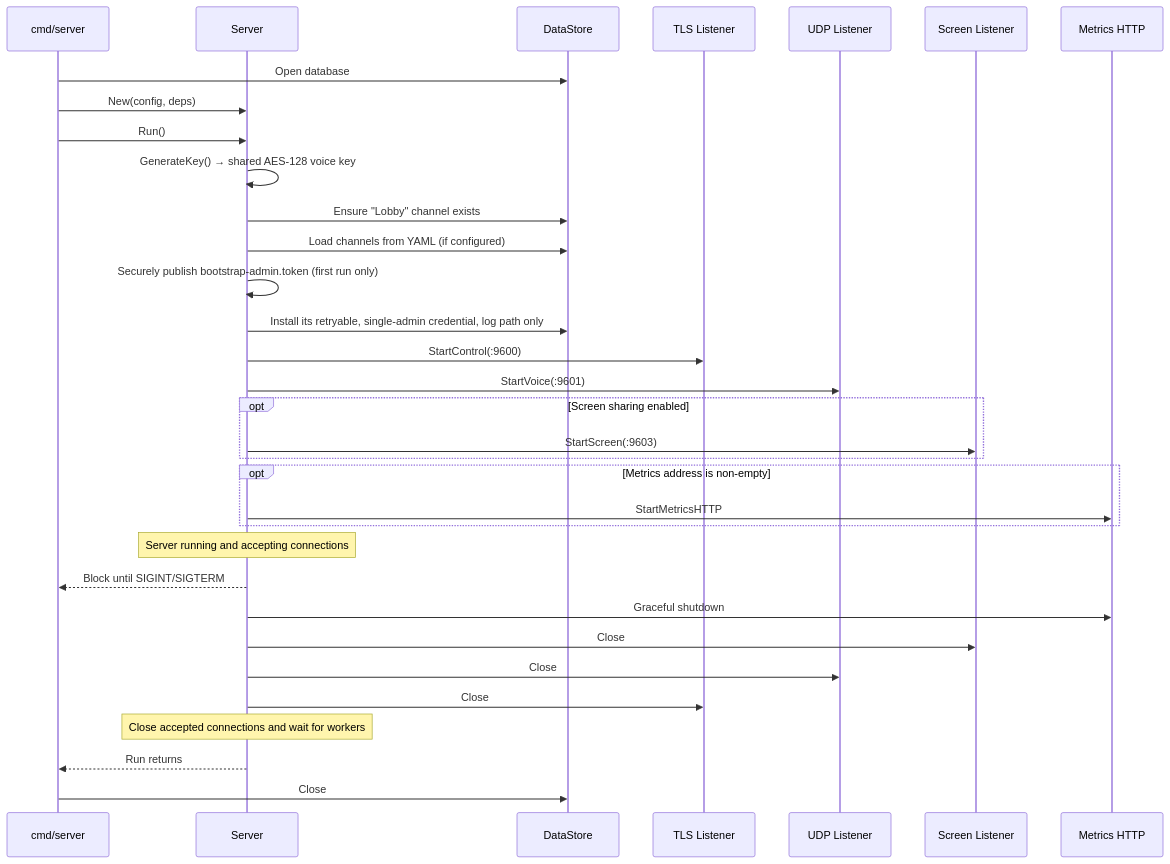
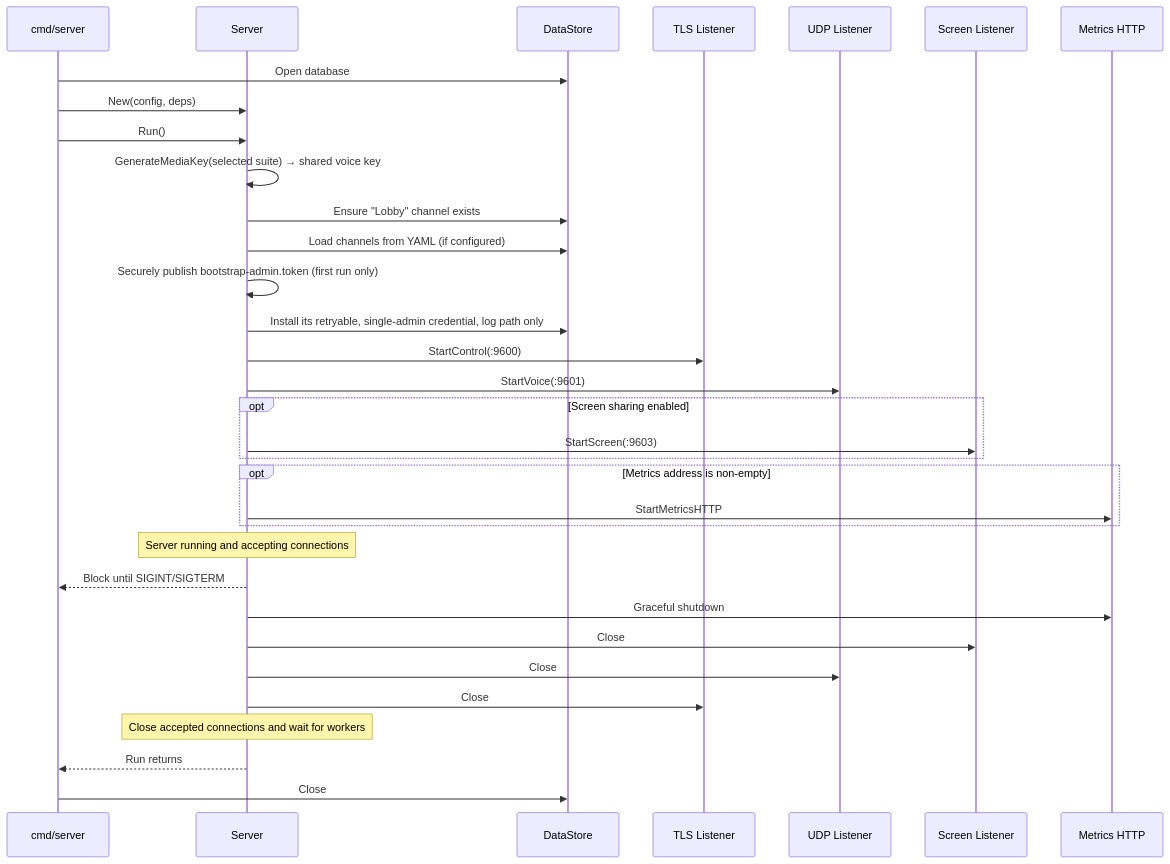
The third of 5 diagrams in docs/architecture.md (NicolasHaas/gospeak), drawn with Mermaid before and after one commit. The commit also changed other lines of this file and 32 other files, not shown here.

````diff
--- a/docs/architecture.md
+++ b/docs/architecture.md
@@ -110,36 +110,36 @@
 ```mermaid
 sequenceDiagram
     participant Main as cmd/server
     participant Srv as Server
     participant Store as DataStore
     participant TLS as TLS Listener
     participant UDP as UDP Listener
     participant SCR as Screen Listener
     participant MET as Metrics HTTP
 
     Main->>Store: Open database
     Main->>Srv: New(config, deps)
     Main->>Srv: Run()
-    Srv->>Srv: GenerateKey() → shared AES-128 voice key
+    Srv->>Srv: GenerateMediaKey(selected suite) → shared voice key
     Srv->>Store: Ensure "Lobby" channel exists
     Srv->>Store: Load channels from YAML (if configured)
     Srv->>Srv: Securely publish bootstrap-admin.token (first run only)
     Srv->>Store: Install its retryable, single-admin credential, log path only
     Srv->>TLS: StartControl(:9600)
     Srv->>UDP: StartVoice(:9601)
     opt Screen sharing enabled
         Srv->>SCR: StartScreen(:9603)
     end
     opt Metrics address is non-empty
         Srv->>MET: StartMetricsHTTP
     end
     Note over Srv: Server running and accepting connections
     Srv-->>Main: Block until SIGINT/SIGTERM
     Srv->>MET: Graceful shutdown
     Srv->>SCR: Close
     Srv->>UDP: Close
     Srv->>TLS: Close
     Note over Srv: Close accepted connections and wait for workers
     Srv-->>Main: Run returns
     Main->>Store: Close
 ```
````
